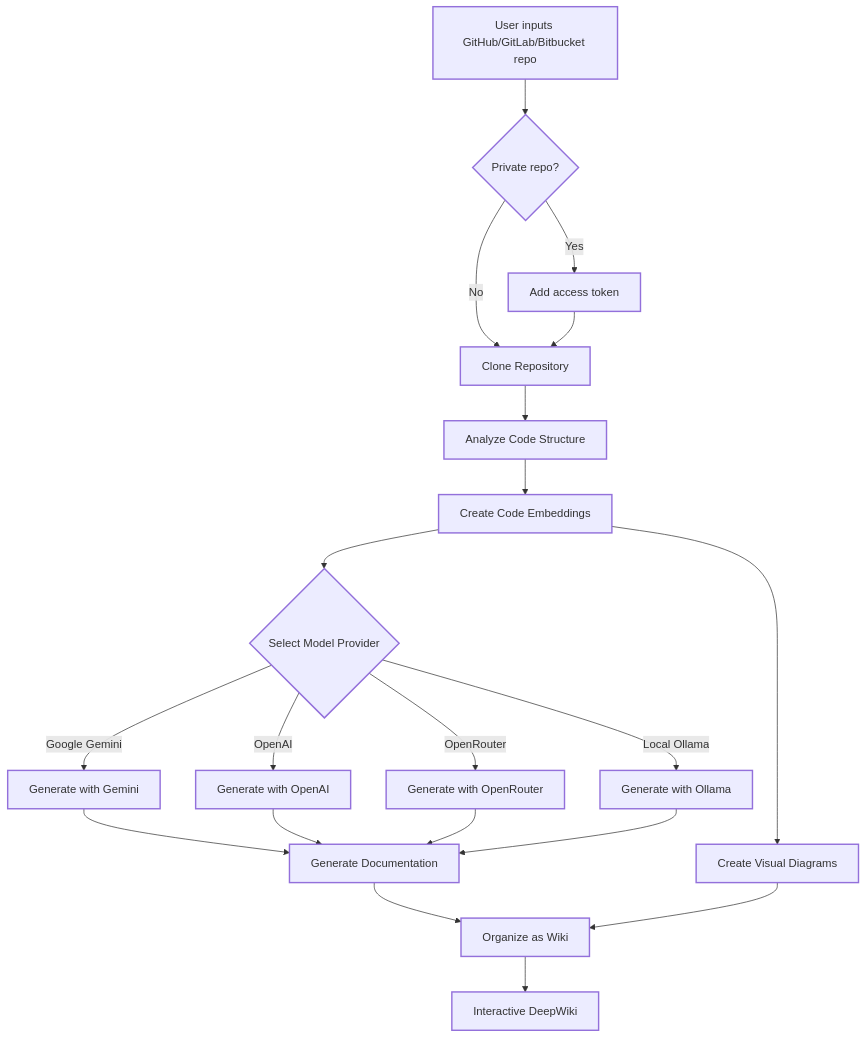
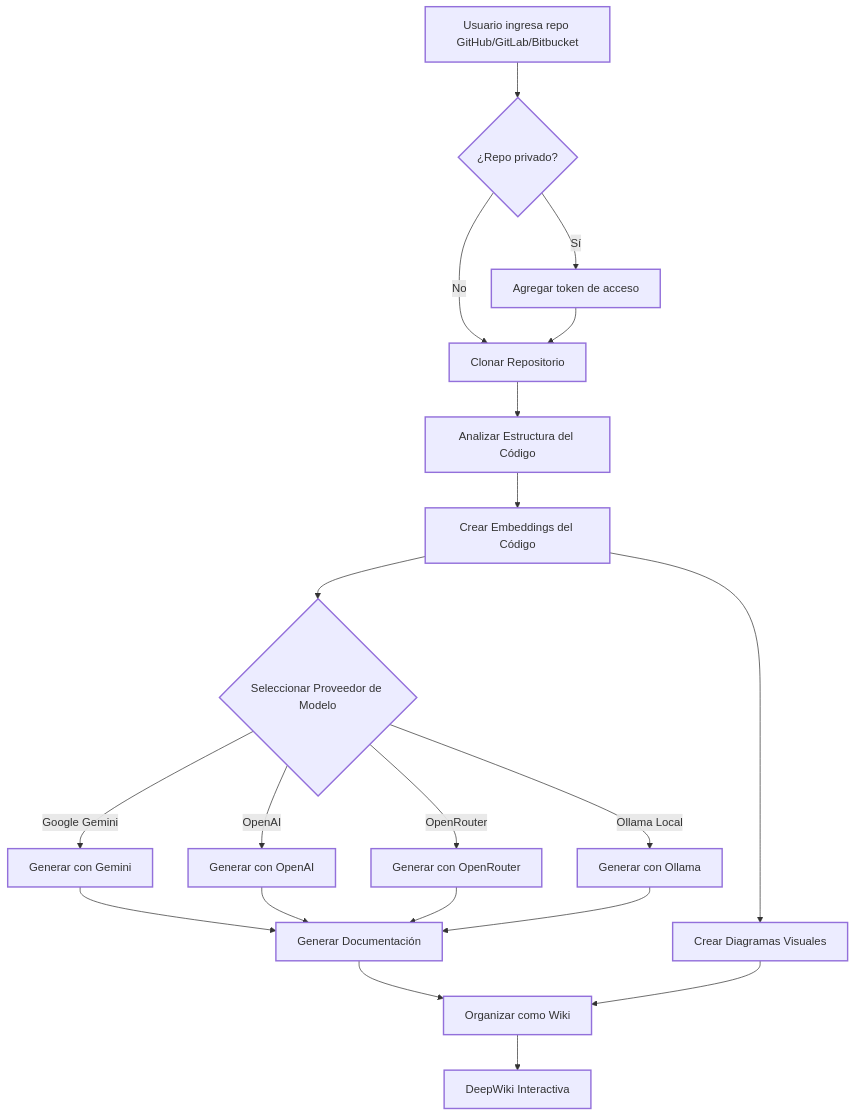
The diagram in README.md (HernanLencinas/wiki), drawn with Mermaid before and after one commit. The commit also changed other lines of this file and 1 other file, not shown here.

````diff
--- a/README.md
+++ b/README.md
@@ -107,35 +106,35 @@
 ```mermaid
 graph TD
-    A[User inputs GitHub/GitLab/Bitbucket repo] --> AA{Private repo?}
-    AA -->|Yes| AB[Add access token]
-    AA -->|No| B[Clone Repository]
+    A[Usuario ingresa repo GitHub/GitLab/Bitbucket] --> AA{¿Repo privado?}
+    AA -->|Sí| AB[Agregar token de acceso]
+    AA -->|No| B[Clonar Repositorio]
     AB --> B
-    B --> C[Analyze Code Structure]
-    C --> D[Create Code Embeddings]
+    B --> C[Analizar Estructura del Código]
+    C --> D[Crear Embeddings del Código]
 
-    D --> M{Select Model Provider}
-    M -->|Google Gemini| E1[Generate with Gemini]
-    M -->|OpenAI| E2[Generate with OpenAI]
-    M -->|OpenRouter| E3[Generate with OpenRouter]
-    M -->|Local Ollama| E4[Generate with Ollama]
+    D --> M{Seleccionar Proveedor de Modelo}
+    M -->|Google Gemini| E1[Generar con Gemini]
+    M -->|OpenAI| E2[Generar con OpenAI]
+    M -->|OpenRouter| E3[Generar con OpenRouter]
+    M -->|Ollama Local| E4[Generar con Ollama]
 
-    E1 --> E[Generate Documentation]
+    E1 --> E[Generar Documentación]
     E2 --> E
     E3 --> E
     E4 --> E
 
-    D --> F[Create Visual Diagrams]
-    E --> G[Organize as Wiki]
+    D --> F[Crear Diagramas Visuales]
+    E --> G[Organizar como Wiki]
     F --> G
-    G --> H[Interactive DeepWiki]
+    G --> H[DeepWiki Interactiva]
 
     classDef process stroke-width:2px;
     classDef data stroke-width:2px;
     classDef result stroke-width:2px;
     classDef decision stroke-width:2px;
 
     class A,D data;
     class AA,M decision;
     class B,C,E,F,G,AB,E1,E2,E3,E4 process;
     class H result;
 ```
````
